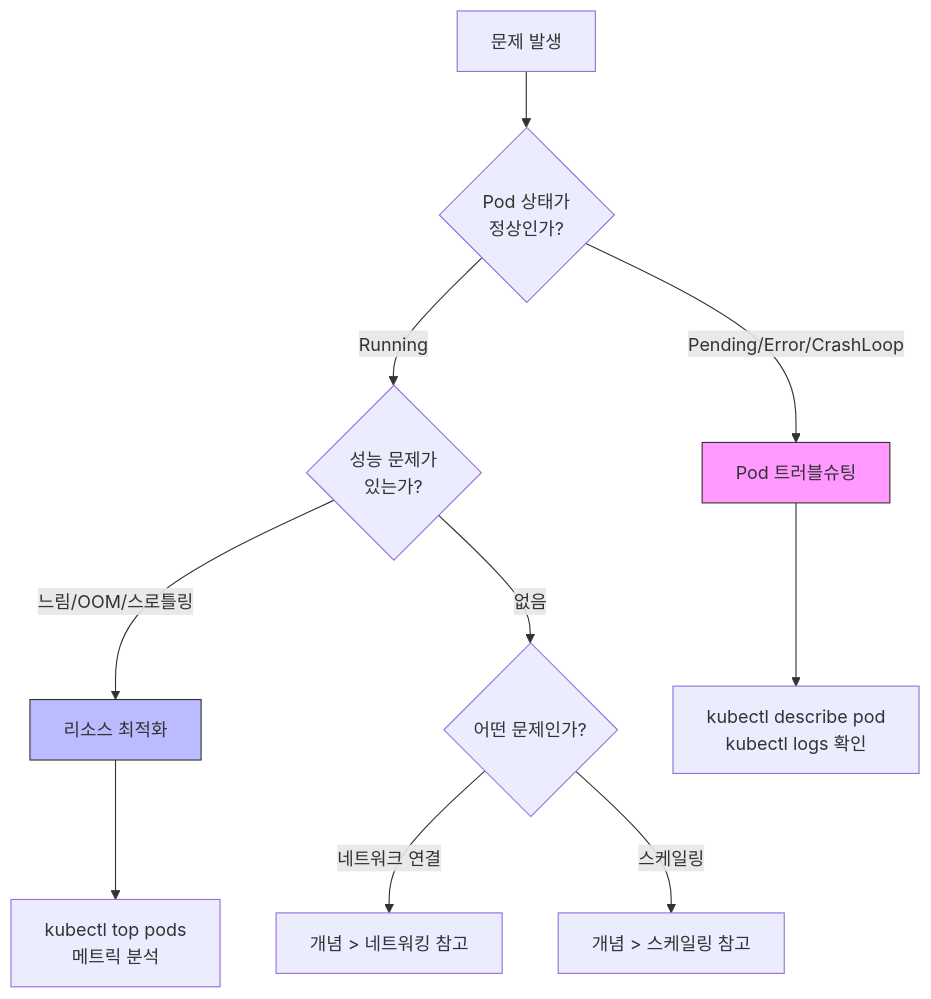
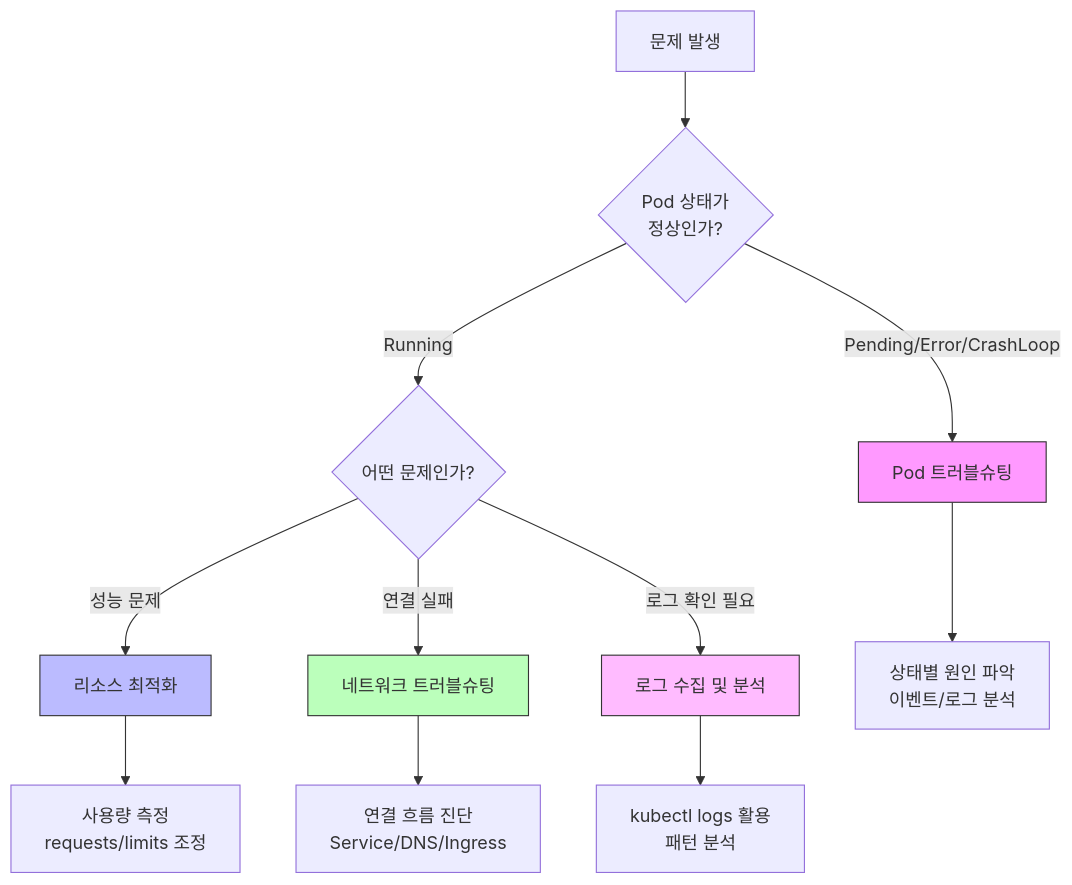
One commit to advanced-beginner/advanced-beginner.github.io changed the diagram in content/ko/docs/kubernetes/howto/_index.md. Above: the diagram before and after it, drawn with Mermaid. The commit also changed other lines of this file and 9 other files, not shown here.

````diff
--- a/content/ko/docs/kubernetes/howto/_index.md
+++ b/content/ko/docs/kubernetes/howto/_index.md
@@ -17,19 +17,21 @@
 ```mermaid
 flowchart TD
     START[문제 발생] --> Q1{Pod 상태가<br>정상인가?}
 
     Q1 -->|Pending/Error/CrashLoop| A[Pod 트러블슈팅]
-    Q1 -->|Running| Q2{성능 문제가<br>있는가?}
+    Q1 -->|Running| Q2{어떤 문제인가?}
 
-    Q2 -->|느림/OOM/스로틀링| B[리소스 최적화]
-    Q2 -->|없음| Q3{어떤 문제인가?}
+    Q2 -->|성능 문제| B[리소스 최적화]
+    Q2 -->|연결 실패| C[네트워크 트러블슈팅]
+    Q2 -->|로그 확인 필요| D[로그 수집 및 분석]
 
-    Q3 -->|네트워크 연결| C["개념 > 네트워킹 참고"]
-    Q3 -->|스케일링| D["개념 > 스케일링 참고"]
-
-    A --> A1["kubectl describe pod<br>kubectl logs 확인"]
-    B --> B1["kubectl top pods<br>메트릭 분석"]
+    A --> A1["상태별 원인 파악<br>이벤트/로그 분석"]
+    B --> B1["사용량 측정<br>requests/limits 조정"]
+    C --> C1["연결 흐름 진단<br>Service/DNS/Ingress"]
+    D --> D1["kubectl logs 활용<br>패턴 분석"]
 
     style A fill:#f9f,stroke:#333
     style B fill:#bbf,stroke:#333
+    style C fill:#bfb,stroke:#333
+    style D fill:#fbf,stroke:#333
 ```
````
